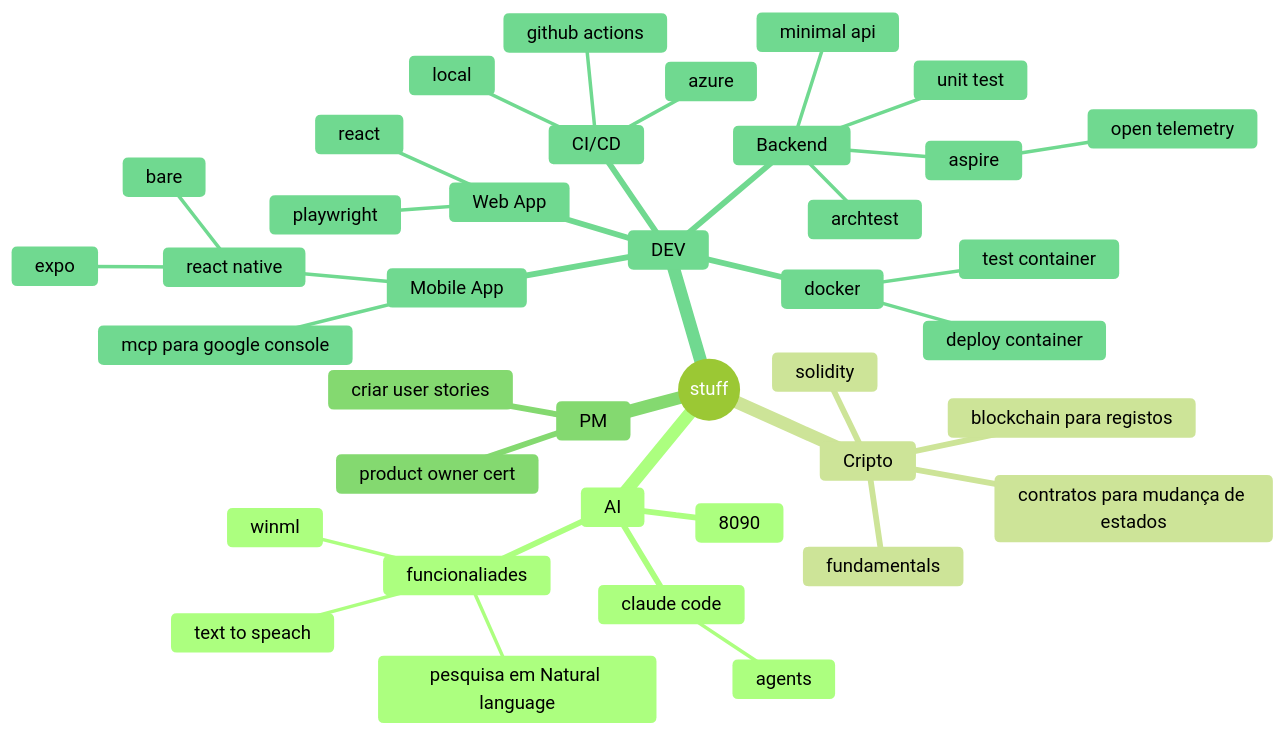
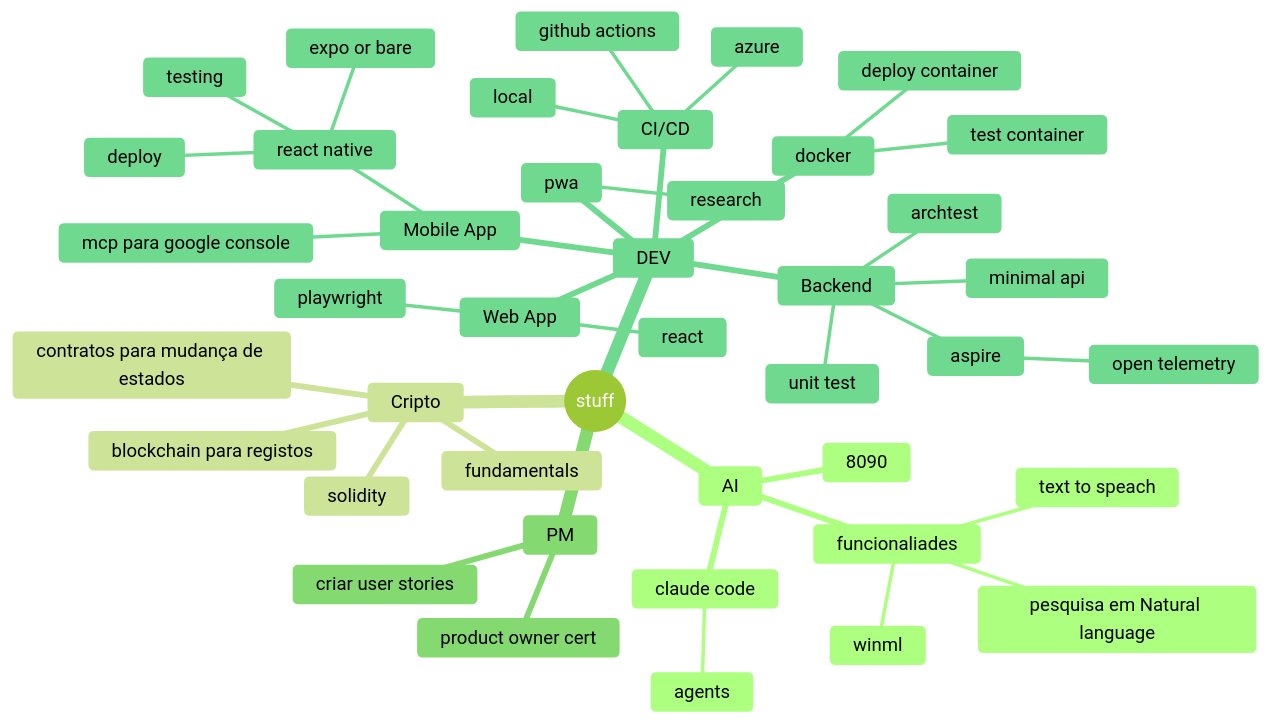
One commit to vitorsilva/my-mindmap changed the diagram in mindmap.mmd. Above: the diagram before and after it, drawn with Mermaid (forest theme).

Commit message:
add pwa topic

```diff
--- a/mindmap.mmd
+++ b/mindmap.mmd
@@ -1,40 +1,43 @@
 mindmap
   root((stuff))
     AI
         claude code
             agents
         8090
         funcionaliades
             pesquisa em Natural language
             text to speach
             winml
     Cripto
         fundamentals
         blockchain para registos
         contratos para mudança de estados
         solidity
     PM
         product owner cert
         criar user stories
     DEV
         Mobile App
             react native
-                expo
-                bare
+                expo or bare
+                deploy
+                testing
             mcp para google console
+        pwa
+            research
         Web App
             react
             playwright
         Backend
             aspire
                 open telemetry
             minimal api
             unit test
             archtest
         CI/CD
             github actions
             local
             azure
         docker
             test container
             deploy container
```
